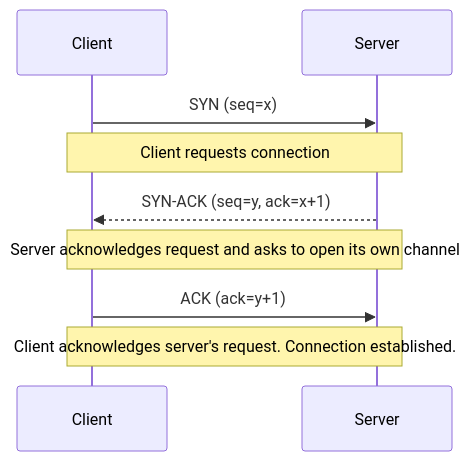
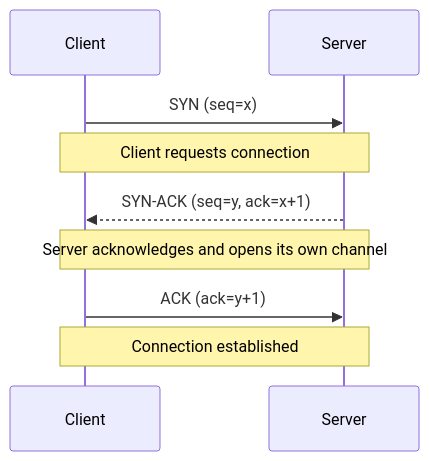
Before and after one commit to Birdbh/CS-412-NoteSheet: the fifth of 9 diagrams in Exam4.md, drawn with Mermaid. The commit also changed other lines of this file, not shown here.

First line of the commit message:
Revise diagrams and notes in Exam4.md

````diff
--- a/Exam4.md
+++ b/Exam4.md
@@ -437,12 +434,12 @@
 ```mermaid
 sequenceDiagram
     participant Client
     participant Server
 
     Client->>Server: SYN (seq=x)
     Note over Client,Server: Client requests connection
     Server-->>Client: SYN-ACK (seq=y, ack=x+1)
-    Note over Client,Server: Server acknowledges request and asks to open its own channel
+    Note over Client,Server: Server acknowledges and opens its own channel
     Client->>Server: ACK (ack=y+1)
-    Note over Client,Server: Client acknowledges server's request. Connection established.
+    Note over Client,Server: Connection established
 ```
````
